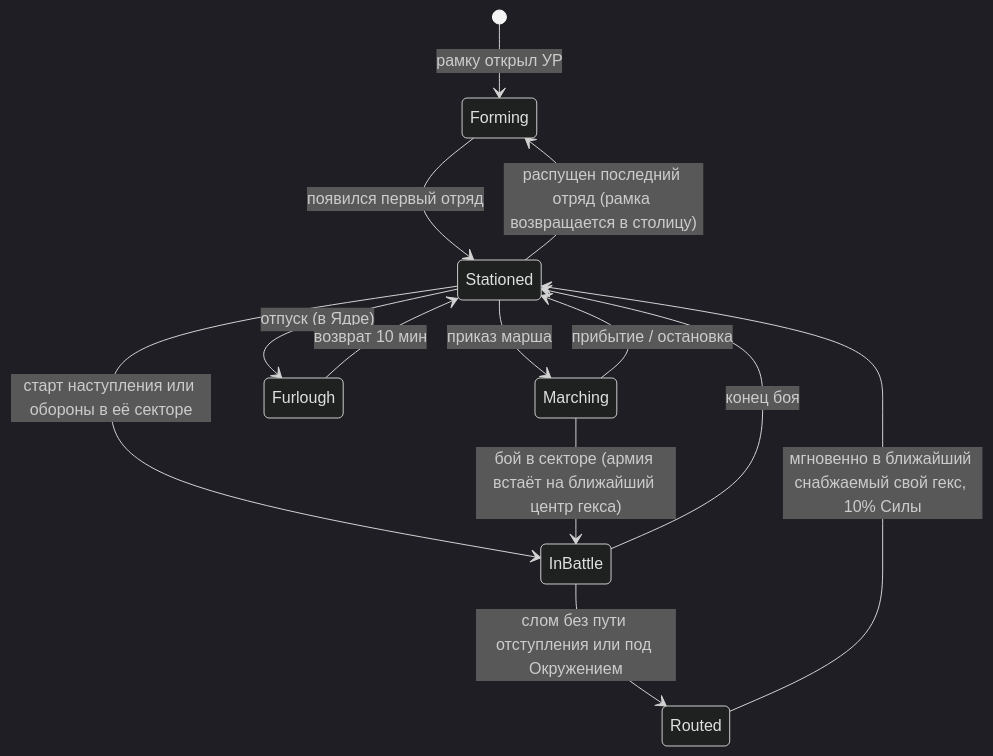
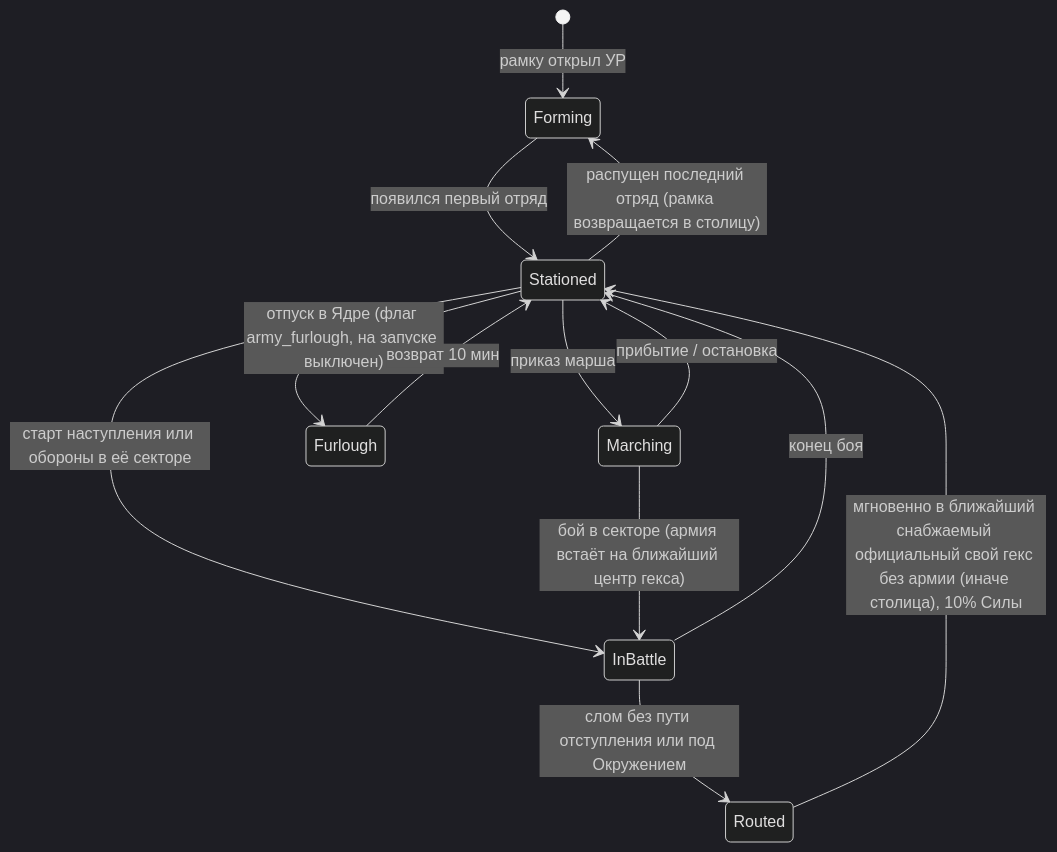
Before and after one commit to kaboomenko/Raivon: the first of 3 diagrams in docs/gdd/04_units_army.md, drawn with Mermaid (dark theme). The commit also changed other lines of this file and 12 other files, not shown here.

````diff
--- a/docs/gdd/04_units_army.md
+++ b/docs/gdd/04_units_army.md
@@ -380,15 +388,15 @@
 ```mermaid
 stateDiagram-v2
     [*] --> Forming: рамку открыл УР
     Forming --> Stationed: появился первый отряд
     Stationed --> Marching: приказ марша
     Marching --> Stationed: прибытие / остановка
     Stationed --> InBattle: старт наступления или обороны в её секторе
     Marching --> InBattle: бой в секторе (армия встаёт на ближайший центр гекса)
     InBattle --> Stationed: конец боя
     InBattle --> Routed: слом без пути отступления или под Окружением
-    Routed --> Stationed: мгновенно в ближайший снабжаемый свой гекс, 10% Силы
-    Stationed --> Furlough: отпуск (в Ядре)
+    Routed --> Stationed: мгновенно в ближайший снабжаемый официальный свой гекс без армии (иначе столица), 10% Силы
+    Stationed --> Furlough: отпуск в Ядре (флаг army_furlough, на запуске выключен)
     Furlough --> Stationed: возврат 10 мин
     Stationed --> Forming: распущен последний отряд (рамка возвращается в столицу)
 ```
````
